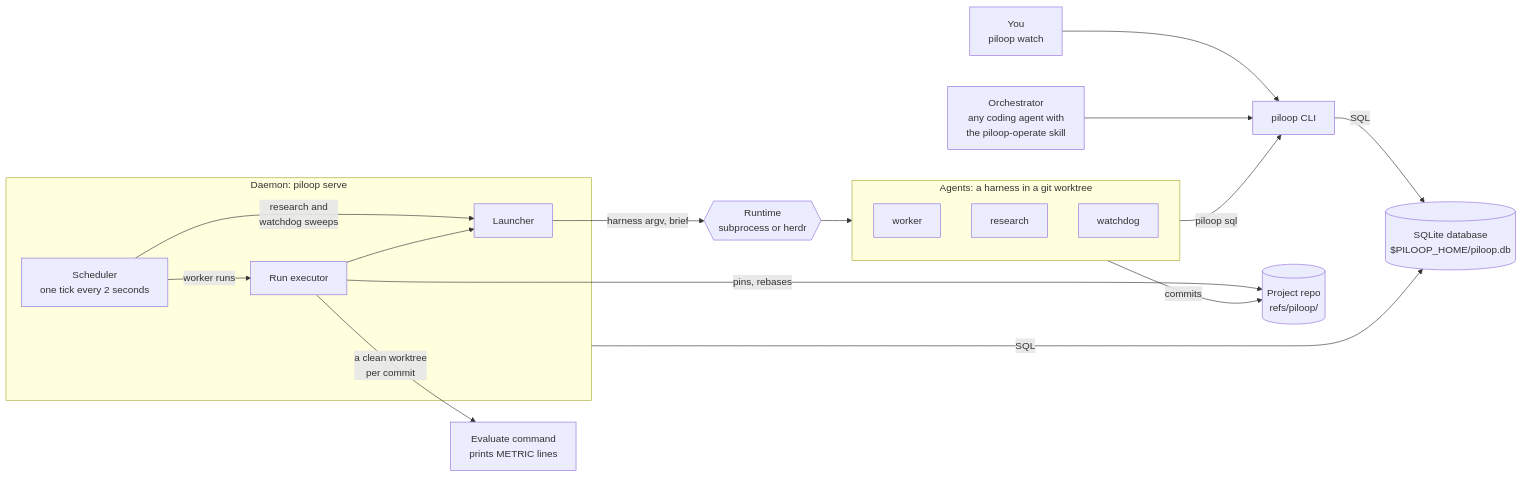
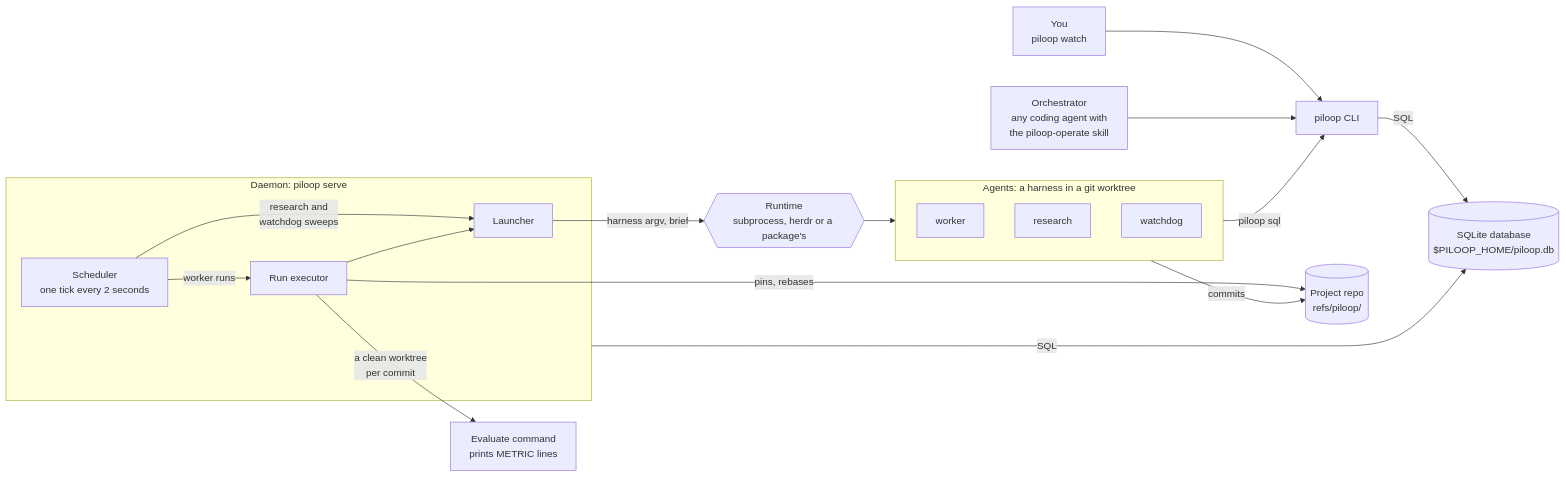
The second of 2 diagrams in docs/architecture/overview.mdx (VatsaDev/piloop), drawn with Mermaid before and after one commit. The commit also changed other lines of this file and 60 other files, not shown here.

````diff
--- a/docs/architecture/overview.mdx
+++ b/docs/architecture/overview.mdx
@@ -64,34 +64,34 @@
 ```mermaid
 flowchart LR
     human["You<br/>piloop watch"]
     orch["Orchestrator<br/>any coding agent with<br/>the piloop-operate skill"]
     cli["piloop CLI"]
     db[("SQLite database<br/>$PILOOP_HOME/piloop.db")]
     subgraph daemon["Daemon: piloop serve"]
         scheduler["Scheduler<br/>one tick every 2 seconds"]
         executor["Run executor"]
         launcher["Launcher"]
     end
-    runtime{{"Runtime<br/>subprocess or herdr"}}
+    runtime{{"Runtime<br/>subprocess, herdr or a package's"}}
     subgraph agents["Agents: a harness in a git worktree"]
         worker["worker"]
         research["research"]
         watchdog["watchdog"]
     end
     evaluate["Evaluate command<br/>prints METRIC lines"]
     repo[("Project repo<br/>refs/piloop/")]
 
     human --> cli
     orch --> cli
     cli -->|SQL| db
     daemon -->|SQL| db
     scheduler -->|worker runs| executor
     scheduler -->|research and<br/>watchdog sweeps| launcher
     executor --> launcher
     launcher -->|harness argv, brief| runtime
     runtime --> agents
     agents -->|piloop sql| cli
     agents -->|commits| repo
     executor -->|a clean worktree<br/>per commit| evaluate
     executor -->|pins, rebases| repo
 ```
````
